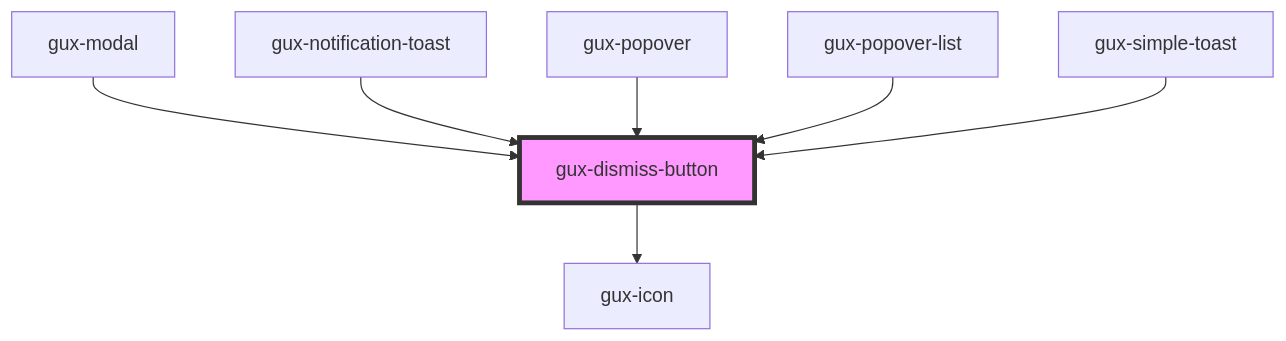
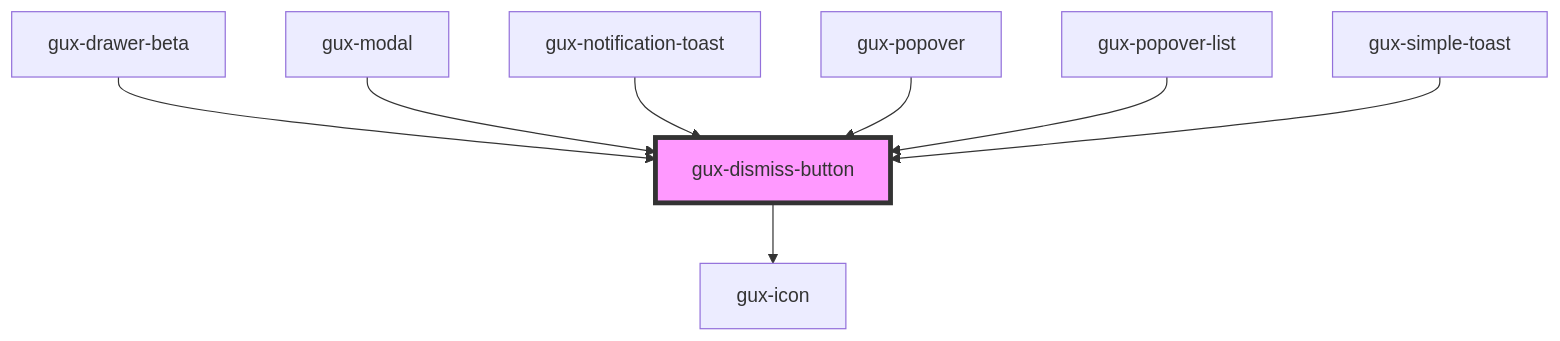
One commit to MyPureCloud/genesys-spark changed the diagram in src/components/stable/gux-dismiss-button/readme.md. Above: the diagram before and after it, drawn with Mermaid. The commit also changed other lines of this file and 5 other files, not shown here.

````diff
--- a/src/components/stable/gux-dismiss-button/readme.md
+++ b/src/components/stable/gux-dismiss-button/readme.md
@@ -23,10 +24,11 @@
 ```mermaid
 graph TD;
   gux-dismiss-button --> gux-icon
+  gux-drawer-beta --> gux-dismiss-button
   gux-modal --> gux-dismiss-button
   gux-notification-toast --> gux-dismiss-button
   gux-popover --> gux-dismiss-button
   gux-popover-list --> gux-dismiss-button
   gux-simple-toast --> gux-dismiss-button
   style gux-dismiss-button fill:#f9f,stroke:#333,stroke-width:4px
 ```
````
